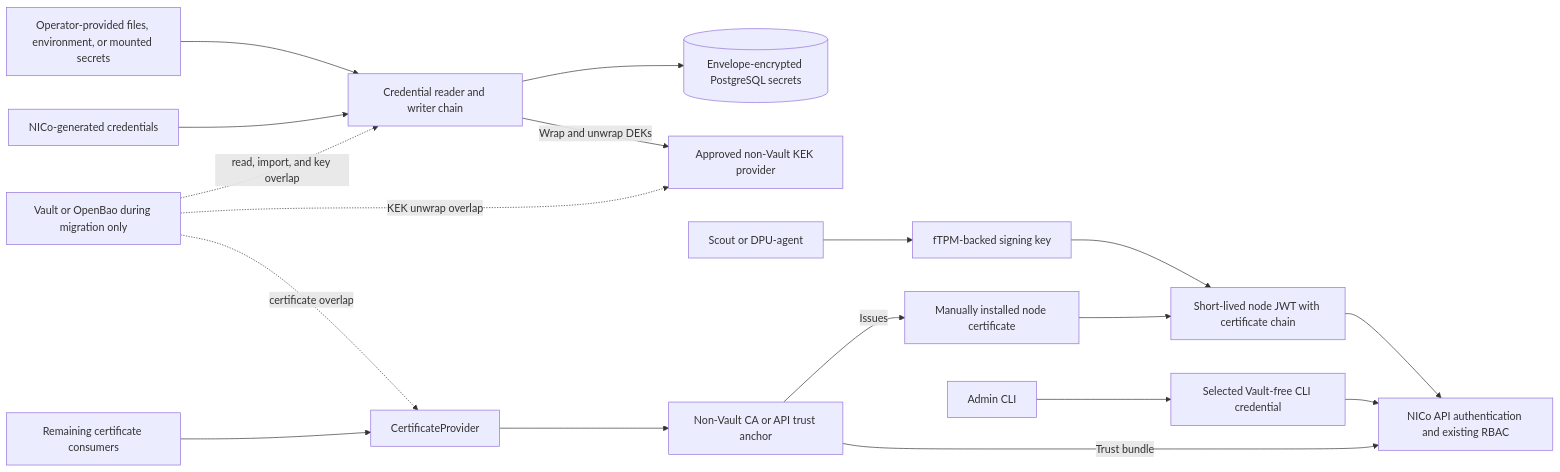
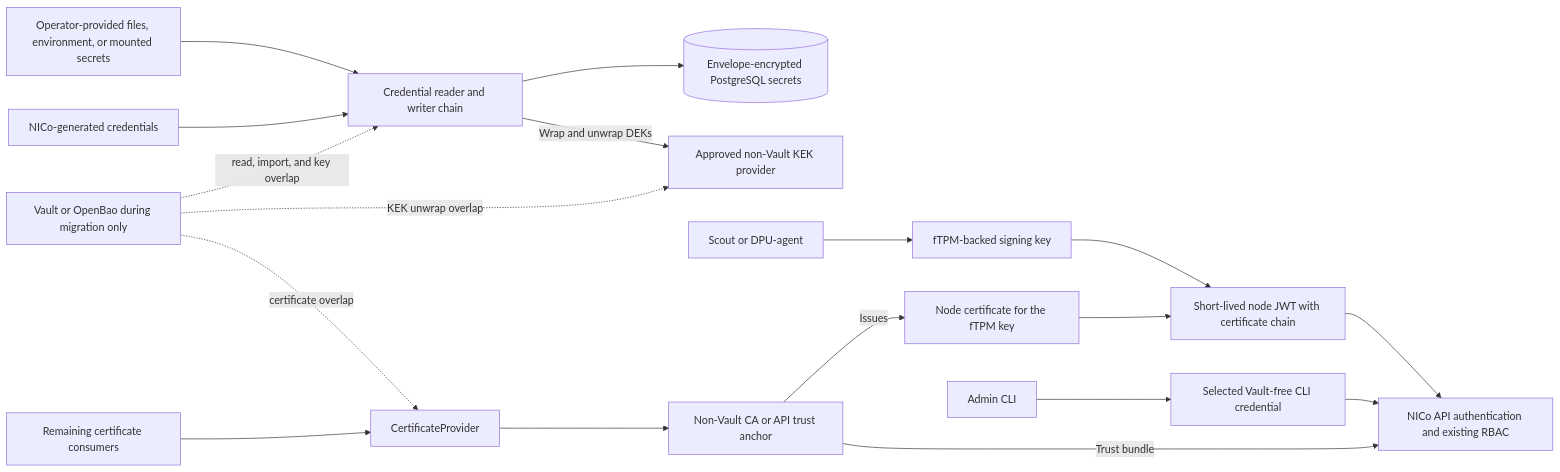
One commit to NVIDIA/bare-metal-manager-core changed the diagram in docs/design/eliminate-vault-dependency-design.md. Above: the diagram before and after it, drawn with Mermaid. The commit also changed other lines of this file and 4 other files, not shown here.

````diff
--- a/docs/design/eliminate-vault-dependency-design.md
+++ b/docs/design/eliminate-vault-dependency-design.md
@@ -69,42 +95,42 @@
 ```mermaid
 flowchart LR
     Inputs[Operator-provided files, environment, or mounted secrets]
     Generated[NICo-generated credentials]
     Chain[Credential reader and writer chain]
     Postgres[(Envelope-encrypted PostgreSQL secrets)]
     KMS[Approved non-Vault KEK provider]
 
     Node[Scout or DPU-agent]
     TPM[fTPM-backed signing key]
-    ManualCert[Manually installed node certificate]
+    NodeCert[Node certificate for the fTPM key]
     JWT[Short-lived node JWT with certificate chain]
     AdminCLI[Admin CLI]
     AdminAuth[Selected Vault-free CLI credential]
     API[NICo API authentication and existing RBAC]
 
     CertConsumers[Remaining certificate consumers]
     CertProvider[CertificateProvider]
     CA[Non-Vault CA or API trust anchor]
 
     Vault[Vault or OpenBao during migration only]
 
     Inputs --> Chain
     Generated --> Chain
     Chain --> Postgres
     Chain -->|Wrap and unwrap DEKs| KMS
     Vault -. read, import, and key overlap .-> Chain
     Vault -. KEK unwrap overlap .-> KMS
 
     Node --> TPM
     TPM --> JWT
-    CA -->|Issues| ManualCert
+    CA -->|Issues| NodeCert
     CA -->|Trust bundle| API
-    ManualCert --> JWT
+    NodeCert --> JWT
     JWT --> API
     AdminCLI --> AdminAuth
     AdminAuth --> API
 
     CertConsumers --> CertProvider
     CertProvider --> CA
     Vault -. certificate overlap .-> CertProvider
 ```
````
